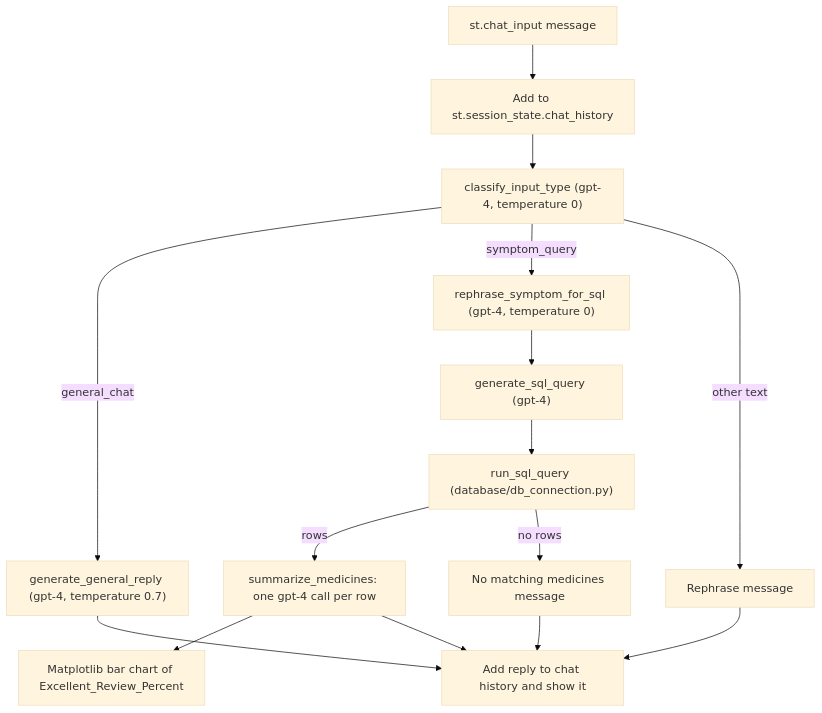
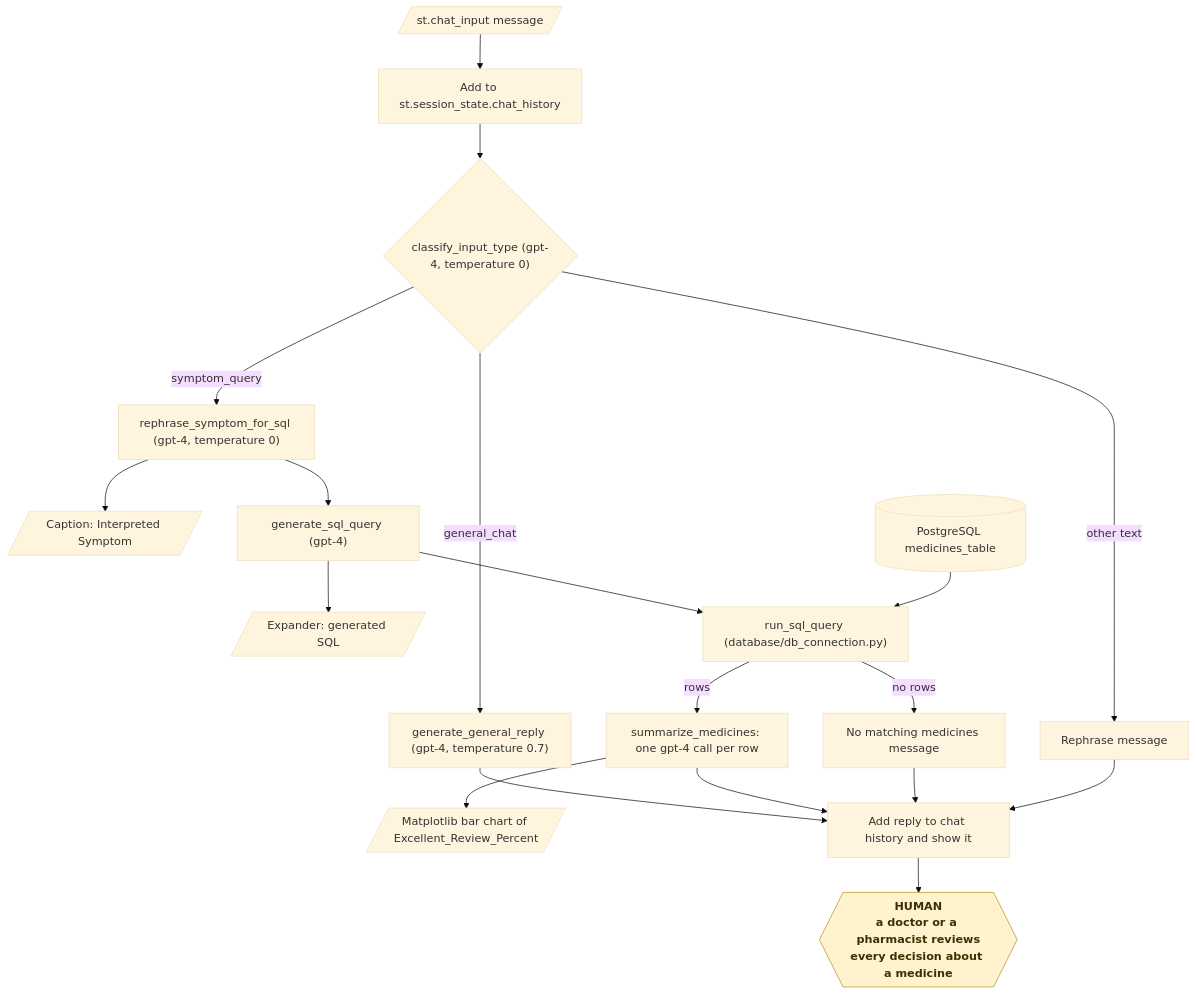
The fifth of 17 diagrams in README.md (KrishnaAnnavaram/medxpert), drawn with Mermaid (base theme) before and after one commit. The commit also changed other lines of this file, not shown here.

Commit message:
Add the workflow diagrams to the README

````diff
--- a/README.md
+++ b/README.md
@@ -247,17 +302,24 @@
 ```mermaid
-flowchart TB
-    MSG["st.chat_input message"] --> HIST["Add to st.session_state.chat_history"]
-    HIST --> CLS["classify_input_type (gpt-4, temperature 0)"]
+flowchart TD
+    MSG[/"st.chat_input message"/] --> HIST["Add to st.session_state.chat_history"]
+    HIST --> CLS{"classify_input_type (gpt-4, temperature 0)"}
     CLS -- "general_chat" --> GEN["generate_general_reply (gpt-4, temperature 0.7)"]
     CLS -- "symptom_query" --> REP["rephrase_symptom_for_sql (gpt-4, temperature 0)"]
     CLS -- "other text" --> ERR["Rephrase message"]
+    REP --> CAP[/"Caption: Interpreted Symptom"/]
     REP --> SQL["generate_sql_query (gpt-4)"]
+    SQL --> EXP[/"Expander: generated SQL"/]
     SQL --> RUN["run_sql_query (database/db_connection.py)"]
+    PG[("PostgreSQL medicines_table")] --> RUN
     RUN -- "rows" --> SUM["summarize_medicines: one gpt-4 call per row"]
     RUN -- "no rows" --> NONE["No matching medicines message"]
-    SUM --> CHART["Matplotlib bar chart of Excellent_Review_Percent"]
+    SUM --> CHART[/"Matplotlib bar chart of Excellent_Review_Percent"/]
     GEN --> SAVE["Add reply to chat history and show it"]
     SUM --> SAVE
     NONE --> SAVE
     ERR --> SAVE
+    SAVE --> HUMAN{{"HUMAN<br/>a doctor or a pharmacist reviews<br/>every decision about a medicine"}}
+
+    classDef human fill:#fff3cd,stroke:#b8901f,color:#3d2f00,font-weight:bold
+    class HUMAN human
 ```
````
